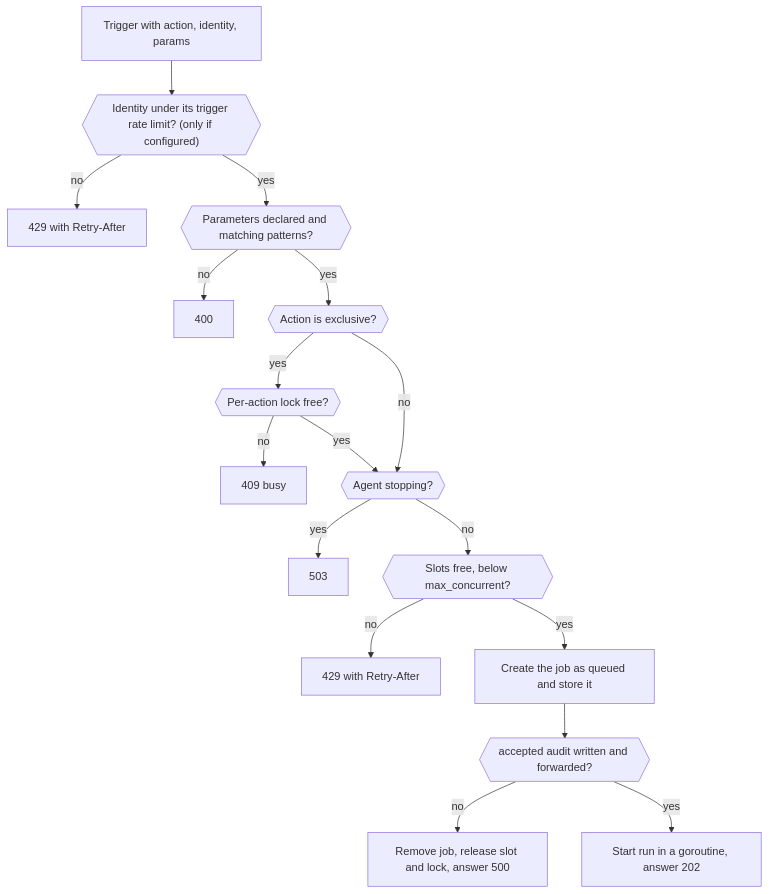
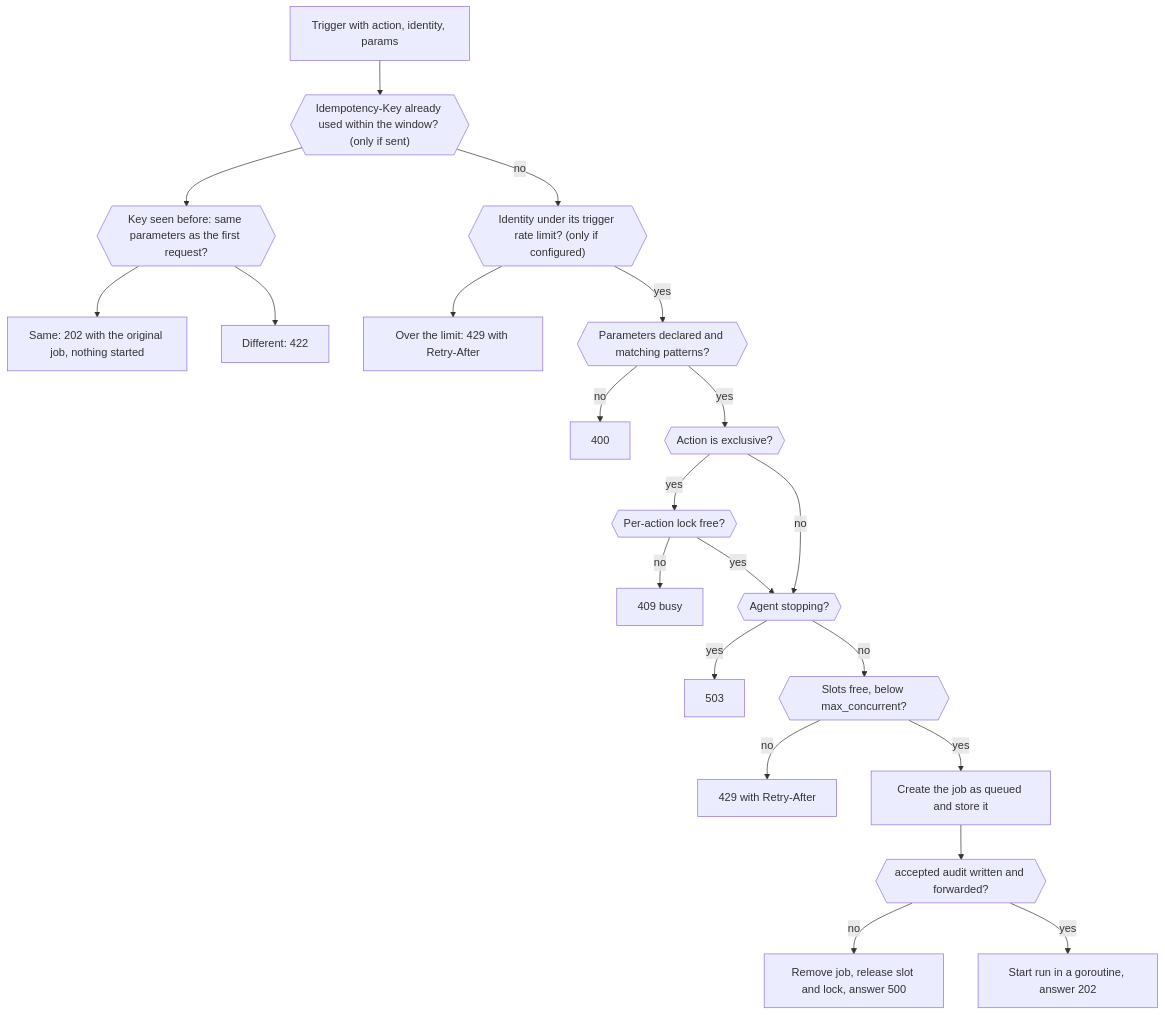
Before and after one commit to nuwandev/axiom: the diagram in presentation/diagrams/mermaid/admission.mmd, drawn with Mermaid. The commit also changed 16 other files, not shown here.

First line of the commit message:
docs: bring the architecture page up to v2.3.0

```diff
--- a/presentation/diagrams/mermaid/admission.mmd
+++ b/presentation/diagrams/mermaid/admission.mmd
@@ -1,19 +1,23 @@
 flowchart TD
     accTitle: Job admission control
-    accDescr: Trigger rate limit, parameter validation, exclusive lock, shutdown check, slot cap and the accepted audit write that gate a trigger.
-    A["Trigger with action, identity, params"] --> R{{"Identity under its trigger rate limit? (only if configured)"}}
-    R -- "no" --> E0["429 with Retry-After"]
+    accDescr: Idempotency-key replay, trigger rate limit, parameter validation, exclusive lock, shutdown check, slot cap and the accepted audit write that gate a trigger.
+    A["Trigger with action, identity, params"] --> K{{"Idempotency-Key already used within the window? (only if sent)"}}
+    K -- "no" --> R{{"Identity under its trigger rate limit? (only if configured)"}}
+    K --> P{{"Key seen before: same parameters as the first request?"}}
+    P --> E6["Same: 202 with the original job, nothing started"]
+    P --> E7["Different: 422"]
+    R --> E0["Over the limit: 429 with Retry-After"]
     R -- "yes" --> B{{"Parameters declared and matching patterns?"}}
     B -- "no" --> E1["400"]
     B -- "yes" --> C{{"Action is exclusive?"}}
     C -- "yes" --> D{{"Per-action lock free?"}}
     D -- "no" --> E2["409 busy"]
     D -- "yes" --> F
     C -- "no" --> F{{"Agent stopping?"}}
     F -- "yes" --> E3["503"]
     F -- "no" --> G{{"Slots free, below max_concurrent?"}}
     G -- "no" --> E4["429 with Retry-After"]
     G -- "yes" --> H["Create the job as queued and store it"]
     H --> I{{"accepted audit written and forwarded?"}}
     I -- "no" --> E5["Remove job, release slot and lock, answer 500"]
     I -- "yes" --> J["Start run in a goroutine, answer 202"]
```
